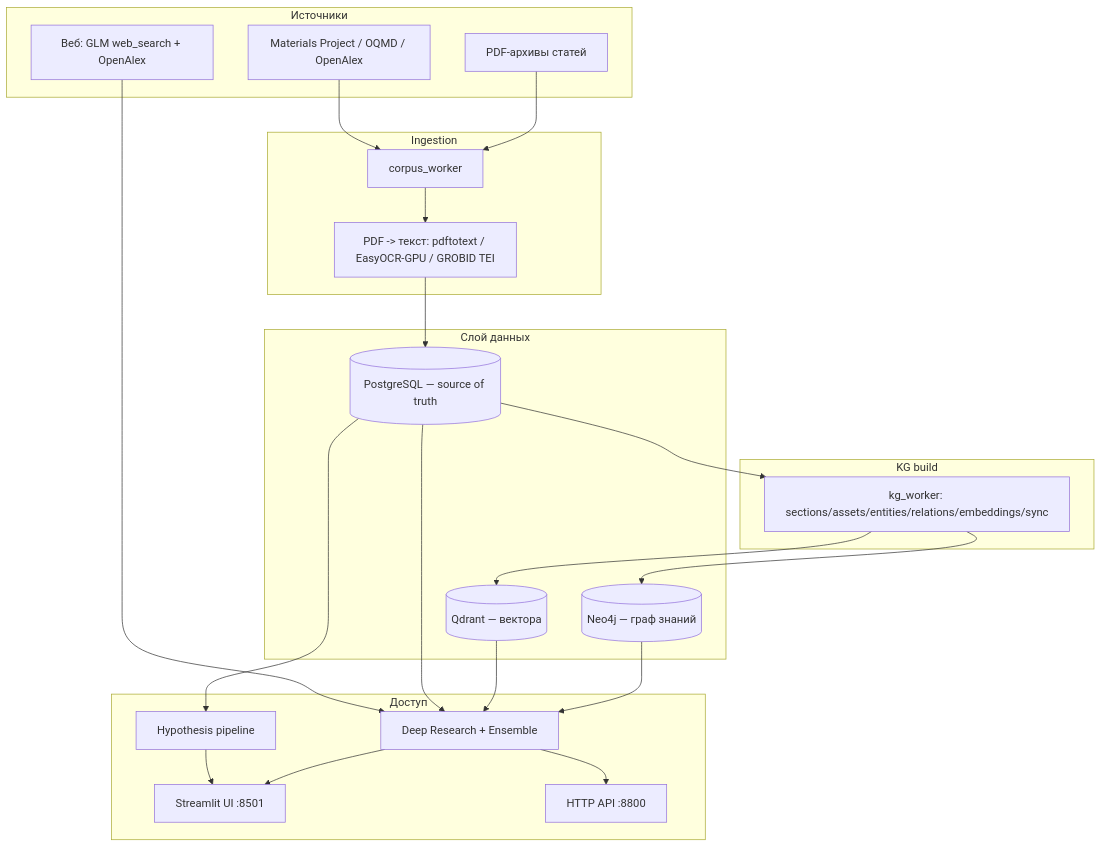
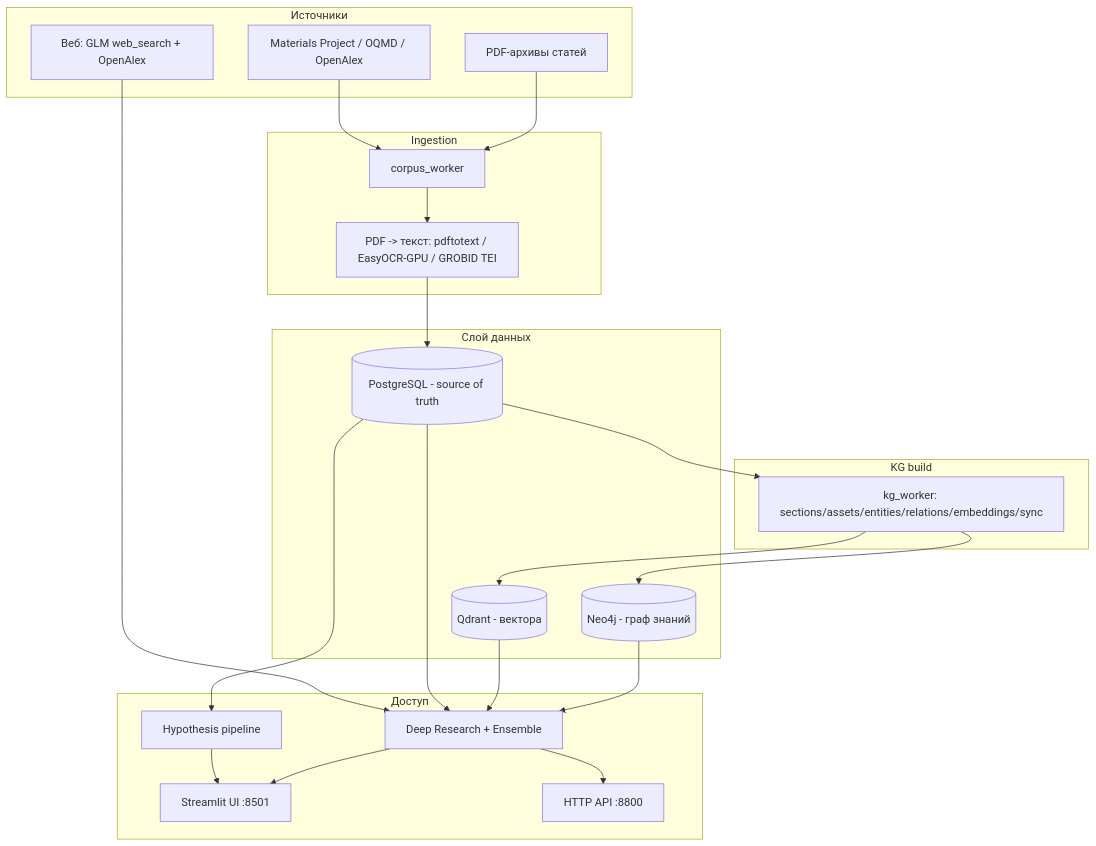
Before and after one commit to YuriySamorodov/nn_hypogen: the first of 2 diagrams in README.md, drawn with Mermaid. The commit also changed other lines of this file, not shown here.

````diff
--- a/README.md
+++ b/README.md
@@ -48,39 +50,39 @@
 ```mermaid
 flowchart TB
     subgraph SRC[Источники]
         PDF[PDF-архивы статей]
         API[Materials Project / OQMD / OpenAlex]
         WEB[Веб: GLM web_search + OpenAlex]
     end
 
     subgraph INGEST[Ingestion]
         CW[corpus_worker]
         OCR[PDF -> текст: pdftotext / EasyOCR-GPU / GROBID TEI]
     end
 
     subgraph STORE[Слой данных]
-        PG[(PostgreSQL — source of truth)]
-        NEO[(Neo4j — граф знаний)]
-        QD[(Qdrant — вектора)]
+        PG[(PostgreSQL - source of truth)]
+        NEO[(Neo4j - граф знаний)]
+        QD[(Qdrant - вектора)]
     end
 
     subgraph KG[KG build]
         KW[kg_worker: sections/assets/entities/relations/embeddings/sync]
     end
 
     subgraph SERVE[Доступ]
         DR[Deep Research + Ensemble]
         HF[Hypothesis pipeline]
         UI[Streamlit UI :8501]
         REST[HTTP API :8800]
     end
 
     PDF --> CW --> OCR --> PG
     API --> CW
     PG --> KW --> NEO & QD
     NEO & QD --> DR
     PG --> DR
     WEB --> DR
     DR --> UI & REST
     PG --> HF --> UI
 ```
````
